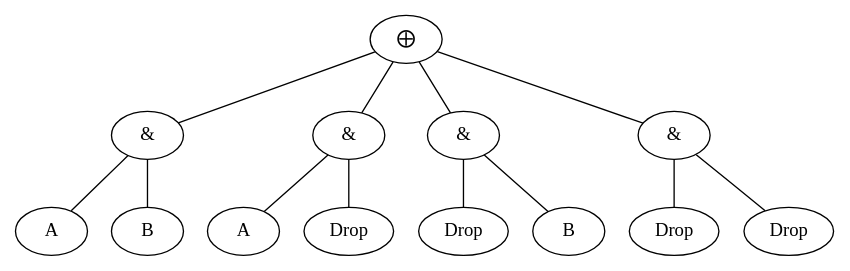
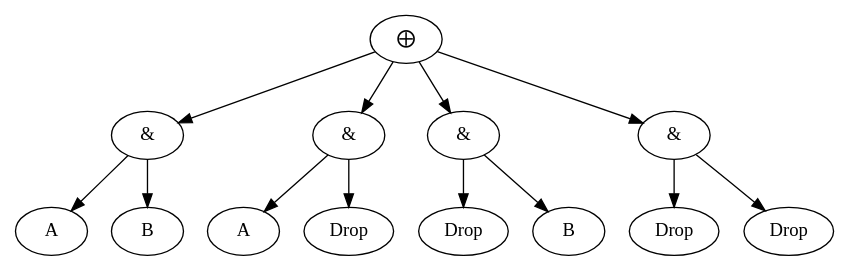
One commit to floydremmerswaal/probnetkat changed the diagram in graphs/problem_to_normal_form.dot. Above: the diagram before and after it, drawn with Graphviz. The commit also changed 1 other file, not shown here.

Commit message:
change graphs to directed

```diff
--- a/graphs/problem_to_normal_form.dot
+++ b/graphs/problem_to_normal_form.dot
@@ -1,28 +1,28 @@
-graph {
-    n1 -- n2
-    n1 -- n3
-    n1 -- n4
-    n1 -- n5
-    n2 -- n6
-    n2 -- n7
-    n3 -- n8
-    n3 -- n9
-    n4 -- n10
-    n4 -- n11
-    n5 -- n12
-    n5 -- n13
+digraph {
+    n1 -> n2
+    n1 -> n3
+    n1 -> n4
+    n1 -> n5
+    n2 -> n6
+    n2 -> n7
+    n3 -> n8
+    n3 -> n9
+    n4 -> n10
+    n4 -> n11
+    n5 -> n12
+    n5 -> n13
 
     n1[label="⨁"]
     n2[label="&"]
     n3[label="&"]
     n4[label="&"]
     n5[label="&"]
     n6[label="A"]
     n7[label="B"]
     n8[label="A"]
     n9[label="Drop"]
     n10[label="Drop"]
     n11[label="B"]
     n12[label="Drop"]
     n13[label="Drop"]
 }
```
